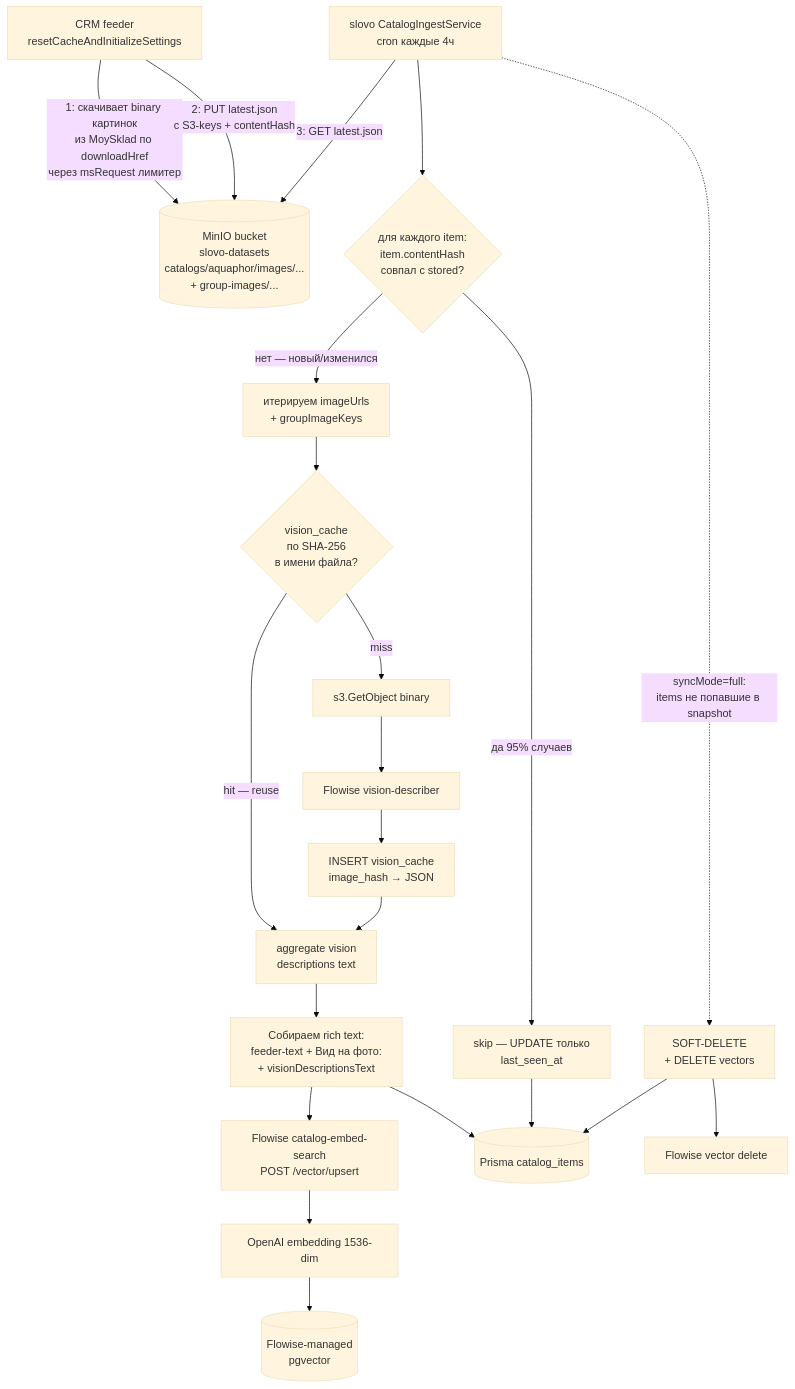
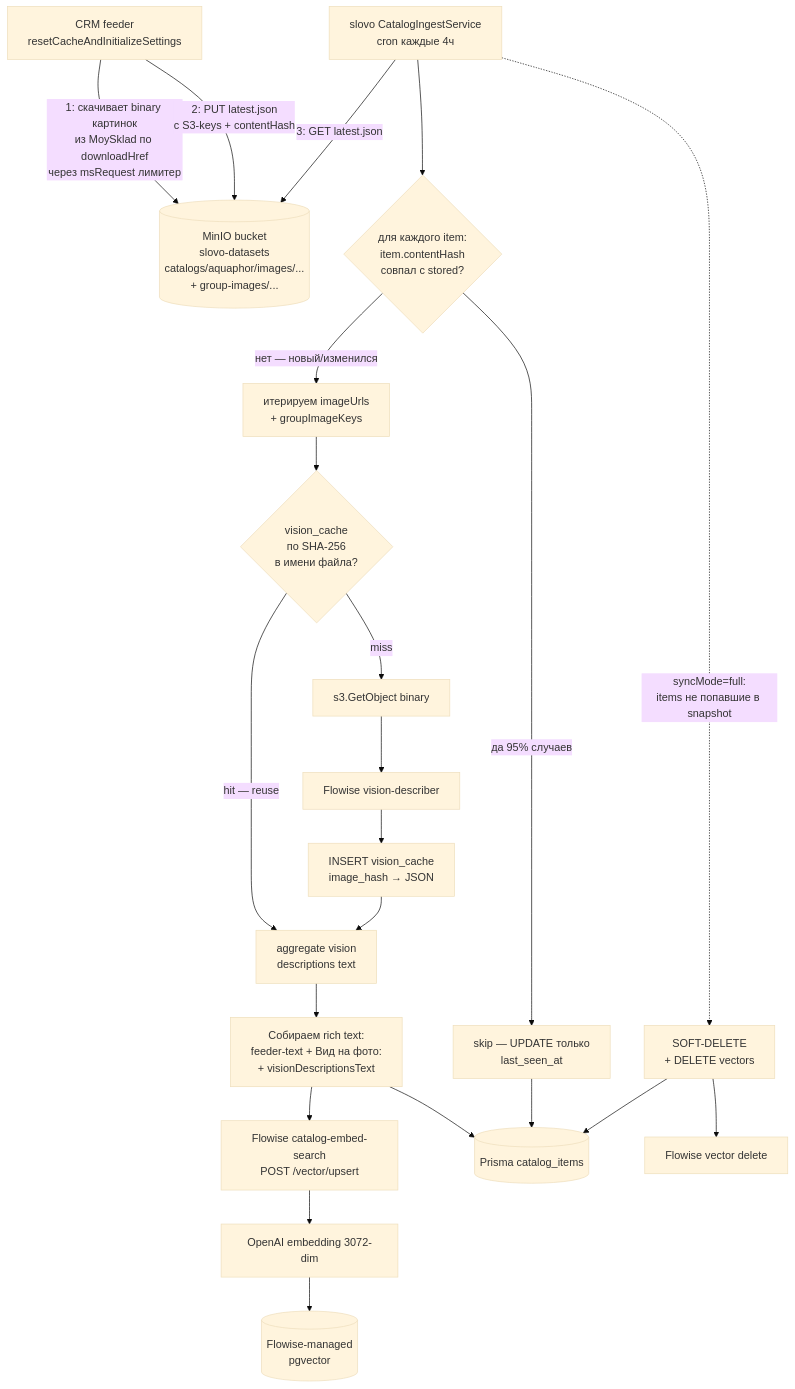
The first of 6 diagrams in docs/features/vision-catalog-search.md (Pelmenya/slovo), drawn with Mermaid (base theme) before and after one commit. The commit also changed other lines of this file and 13 other files, not shown here.

````diff
--- a/docs/features/vision-catalog-search.md
+++ b/docs/features/vision-catalog-search.md
@@ -202,29 +202,29 @@
 ```mermaid
 flowchart TB
     CRM[CRM feeder<br/>resetCacheAndInitializeSettings] -->|1: скачивает binary картинок<br/>из MoySklad по downloadHref<br/>через msRequest лимитер| MINIO[(MinIO bucket<br/>slovo-datasets<br/>catalogs/aquaphor/images/...<br/>+ group-images/...)]
     CRM -->|2: PUT latest.json<br/>с S3-keys + contentHash| MINIO
     SLOVO[slovo CatalogIngestService<br/>cron каждые 4ч] -->|3: GET latest.json| MINIO
 
     SLOVO --> ITERATE{для каждого item:<br/>item.contentHash<br/>совпал с stored?}
     ITERATE -->|да 95% случаев| SKIP[skip — UPDATE только<br/>last_seen_at]
 
     ITERATE -->|нет — новый/изменился| IMGITER[итерируем imageUrls<br/>+ groupImageKeys]
     IMGITER --> IMGCACHE{vision_cache<br/>по SHA-256<br/>в имени файла?}
     IMGCACHE -->|hit — reuse| AGG[aggregate vision<br/>descriptions text]
     IMGCACHE -->|miss| READS3[s3.GetObject binary]
     READS3 --> FWVIS[Flowise vision-describer]
     FWVIS --> CACHE_PUT[INSERT vision_cache<br/>image_hash → JSON]
     CACHE_PUT --> AGG
 
     AGG --> RICH[Собираем rich text:<br/>feeder-text + Вид на фото:<br/>+ visionDescriptionsText]
     RICH --> FWUP[Flowise catalog-embed-search<br/>POST /vector/upsert]
-    FWUP --> EMBED[OpenAI embedding 1536-dim]
+    FWUP --> EMBED[OpenAI embedding 3072-dim]
     EMBED --> VSTORE[(Flowise-managed<br/>pgvector)]
 
     RICH --> META_DB[(Prisma catalog_items)]
     SKIP --> META_DB
 
     SLOVO -.->|syncMode=full:<br/>items не попавшие в snapshot| GC[SOFT-DELETE<br/>+ DELETE vectors]
     GC --> META_DB
     GC --> FWDEL[Flowise vector delete]
 ```
````
